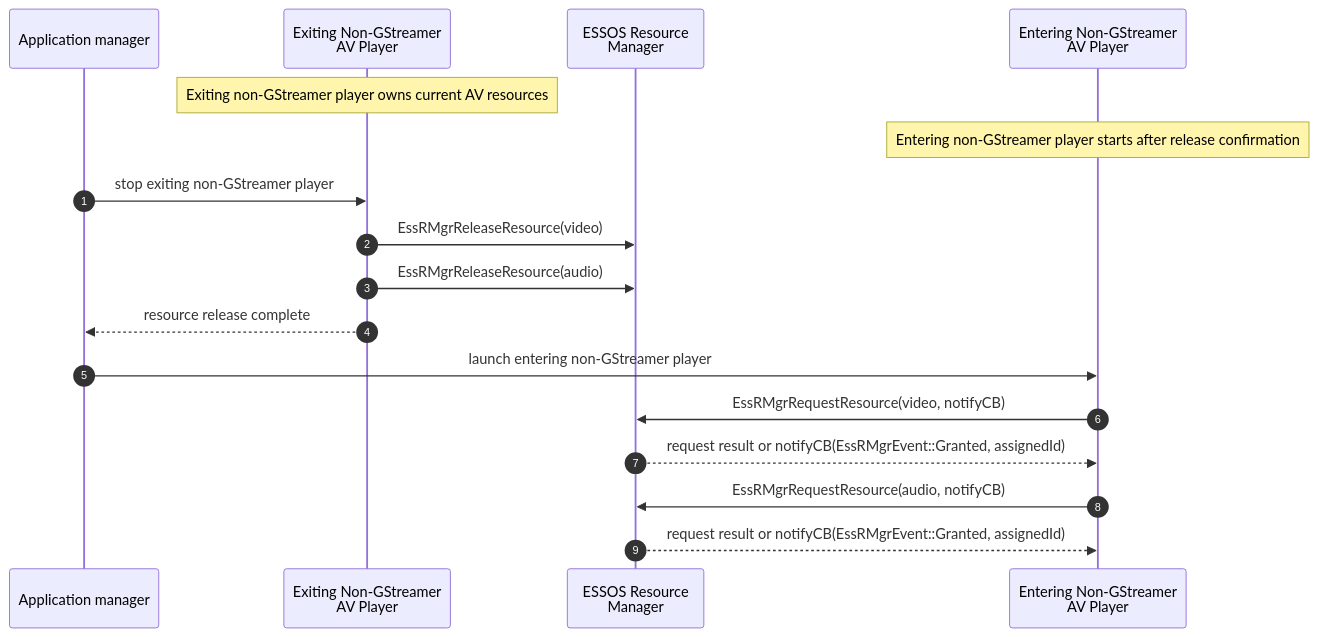
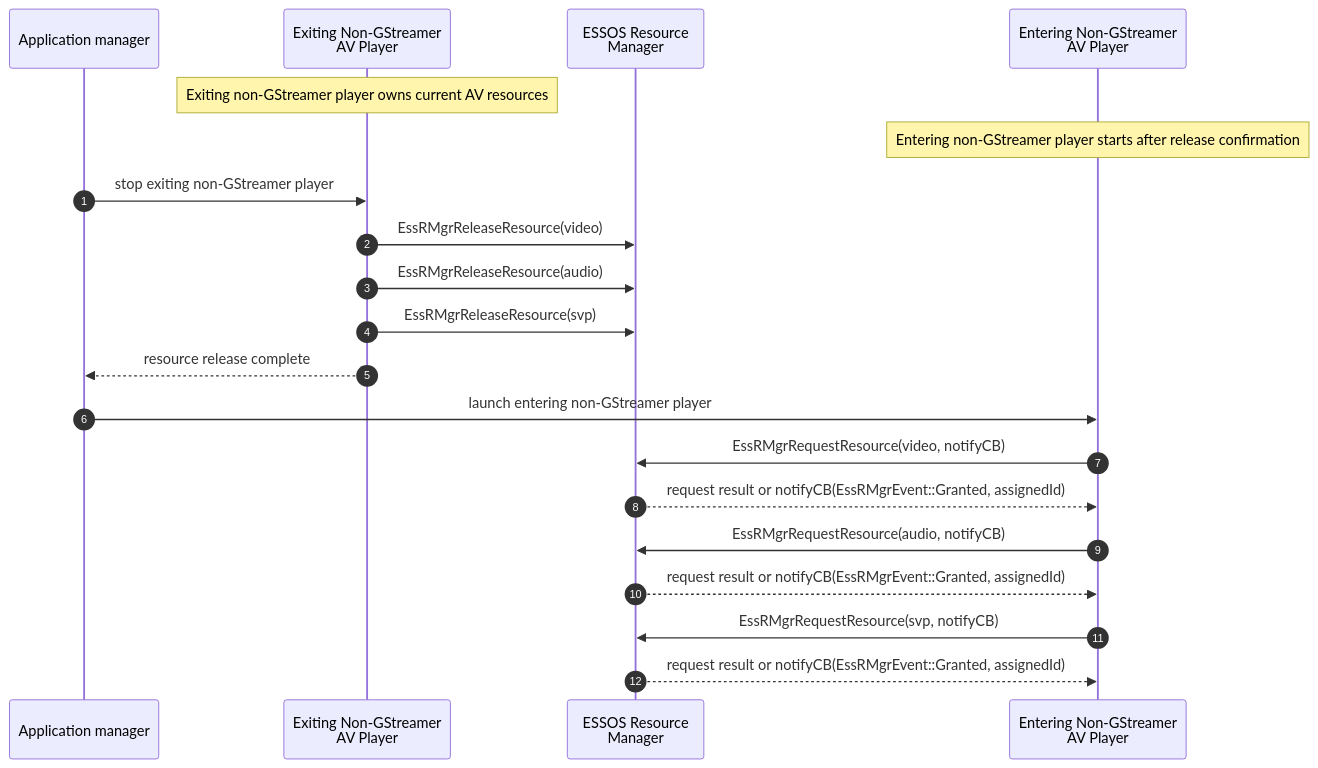
One commit to rdkcentral/rdk-hpk-documentation changed the eighth of 9 diagrams in doc/SPECIFICATION-dual-decode-legacy-av-hal-extension.md. Above: the diagram before and after it, drawn with Mermaid. The commit also changed other lines of this file, not shown here.

Commit message:
gh47 add svp acquire revoke release sequences in section 12 transitions

````diff
--- a/doc/SPECIFICATION-dual-decode-legacy-av-hal-extension.md
+++ b/doc/SPECIFICATION-dual-decode-legacy-av-hal-extension.md
@@ -746,22 +788,25 @@
 ```mermaid
 sequenceDiagram
     autonumber
     participant AM as Application manager
     participant APP_NG_EXIT as Exiting Non-GStreamer<br/>AV Player
     participant RM as ESSOS Resource<br/>Manager
     participant APP_NG_ENTER as Entering Non-GStreamer<br/>AV Player
 
     Note over APP_NG_EXIT: Exiting non-GStreamer player owns current AV resources
     Note over APP_NG_ENTER: Entering non-GStreamer player starts after release confirmation
 
     AM->>APP_NG_EXIT: stop exiting non-GStreamer player
     APP_NG_EXIT->>RM: EssRMgrReleaseResource(video)
     APP_NG_EXIT->>RM: EssRMgrReleaseResource(audio)
+    APP_NG_EXIT->>RM: EssRMgrReleaseResource(svp)
     APP_NG_EXIT-->>AM: resource release complete
 
     AM->>APP_NG_ENTER: launch entering non-GStreamer player
     APP_NG_ENTER->>RM: EssRMgrRequestResource(video, notifyCB)
     RM-->>APP_NG_ENTER: request result or notifyCB(EssRMgrEvent::Granted, assignedId)
     APP_NG_ENTER->>RM: EssRMgrRequestResource(audio, notifyCB)
     RM-->>APP_NG_ENTER: request result or notifyCB(EssRMgrEvent::Granted, assignedId)
+    APP_NG_ENTER->>RM: EssRMgrRequestResource(svp, notifyCB)
+    RM-->>APP_NG_ENTER: request result or notifyCB(EssRMgrEvent::Granted, assignedId)
 ```
````
